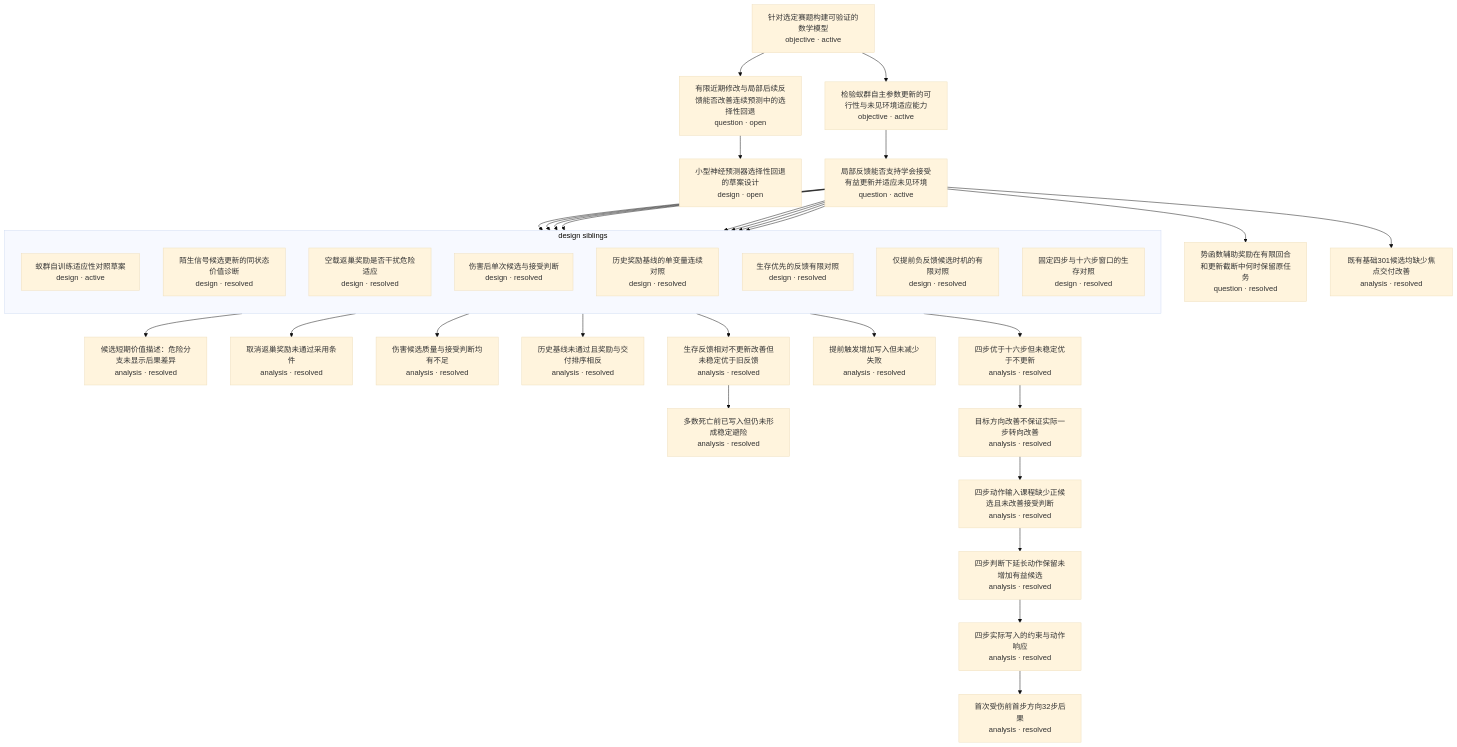
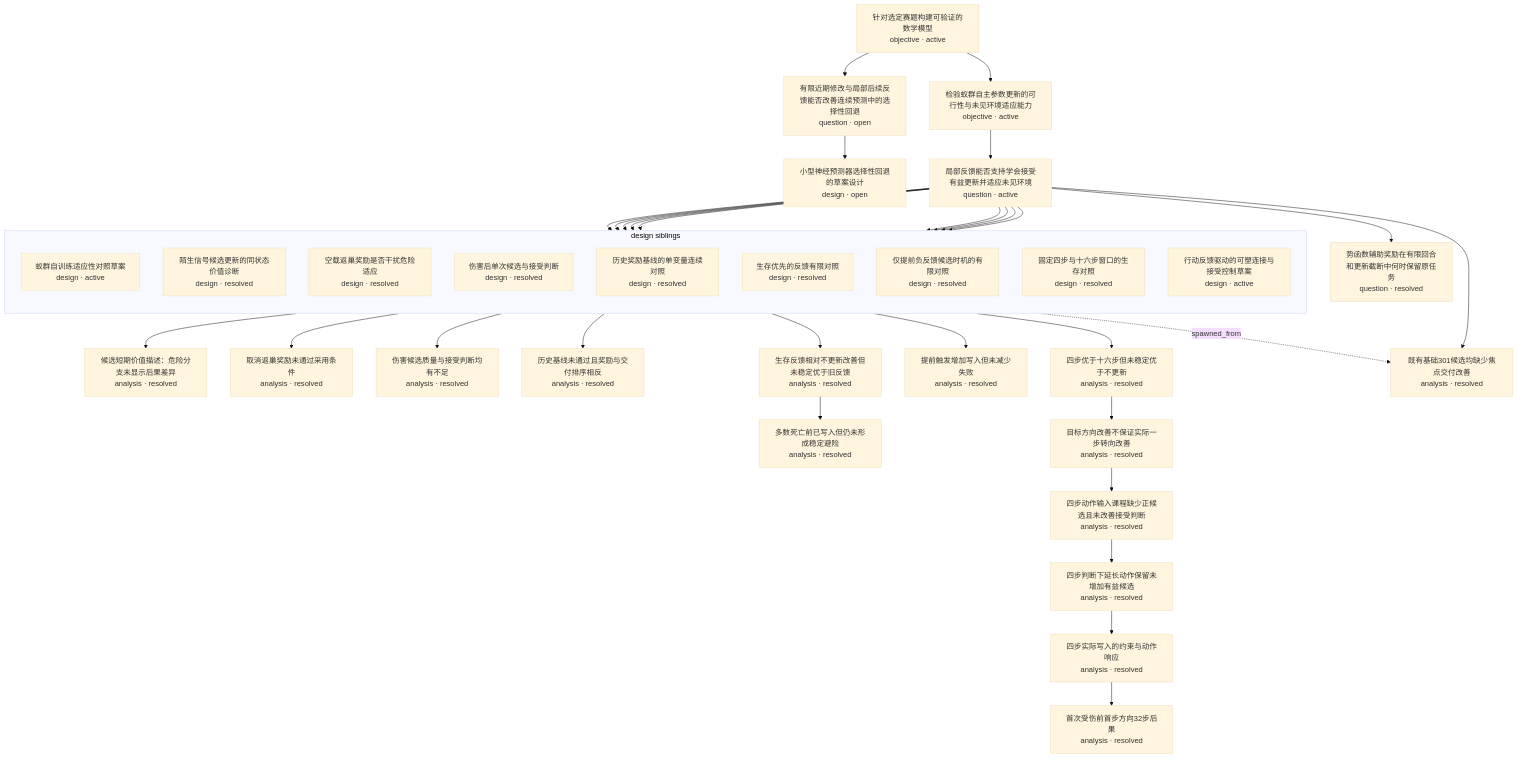
Before and after one commit to Akira-TL/Antomony: the diagram in research-tree/README.md, drawn with Mermaid (base theme). The commit also changed other lines of this file and 9 other files, not shown here.

````diff
--- a/research-tree/README.md
+++ b/research-tree/README.md
@@ -5,61 +5,64 @@
 ```mermaid
 flowchart TD
     N1["针对选定赛题构建可验证的数学模型<br/>objective · active"]
     N2["有限近期修改与局部后续反馈能否改善连续预测中的选择性回退<br/>question · open"]
     N3["小型神经预测器选择性回退的草案设计<br/>design · open"]
     N4["检验蚁群自主参数更新的可行性与未见环境适应能力<br/>objective · active"]
     N5["局部反馈能否支持学会接受有益更新并适应未见环境<br/>question · active"]
     N8["候选短期价值描述：危险分支未显示后果差异<br/>analysis · resolved"]
     N10["取消返巢奖励未通过采用条件<br/>analysis · resolved"]
     N12["伤害候选质量与接受判断均有不足<br/>analysis · resolved"]
     N14["历史基线未通过且奖励与交付排序相反<br/>analysis · resolved"]
     N15["势函数辅助奖励在有限回合和更新截断中何时保留原任务<br/>question · resolved"]
     N17["生存反馈相对不更新改善但未稳定优于旧反馈<br/>analysis · resolved"]
     N18["多数死亡前已写入但仍未形成稳定避险<br/>analysis · resolved"]
     N20["提前触发增加写入但未减少失败<br/>analysis · resolved"]
     N22["四步优于十六步但未稳定优于不更新<br/>analysis · resolved"]
     N23["目标方向改善不保证实际一步转向改善<br/>analysis · resolved"]
     N24["四步动作输入课程缺少正候选且未改善接受判断<br/>analysis · resolved"]
     N25["四步判断下延长动作保留未增加有益候选<br/>analysis · resolved"]
     N26["四步实际写入的约束与动作响应<br/>analysis · resolved"]
     N27["首次受伤前首步方向32步后果<br/>analysis · resolved"]
     N28["既有基础301候选均缺少焦点交付改善<br/>analysis · resolved"]
     subgraph G5_design["design siblings"]
         direction TB
         N6["蚁群自训练适应性对照草案<br/>design · active"]
         N7["陌生信号候选更新的同状态价值诊断<br/>design · resolved"]
         N9["空载返巢奖励是否干扰危险适应<br/>design · resolved"]
         N11["伤害后单次候选与接受判断<br/>design · resolved"]
         N13["历史奖励基线的单变量连续对照<br/>design · resolved"]
         N16["生存优先的反馈有限对照<br/>design · resolved"]
         N19["仅提前负反馈候选时机的有限对照<br/>design · resolved"]
         N21["固定四步与十六步窗口的生存对照<br/>design · resolved"]
+        N29["行动反馈驱动的可塑连接与接受控制草案<br/>design · active"]
     end
     N1 --> N2
     N2 --> N3
     N1 --> N4
     N4 --> N5
     N5 --> N6
     N5 --> N7
     N7 --> N8
     N5 --> N9
     N9 --> N10
     N5 --> N11
     N11 --> N12
     N5 --> N13
     N13 --> N14
     N5 --> N15
     N5 --> N16
     N16 --> N17
     N17 --> N18
     N5 --> N19
     N19 --> N20
     N5 --> N21
     N21 --> N22
     N22 --> N23
     N23 --> N24
     N24 --> N25
     N25 --> N26
     N26 --> N27
     N5 --> N28
+    N5 --> N29
+    N29 -. spawned_from .-> N28
 ```
````
